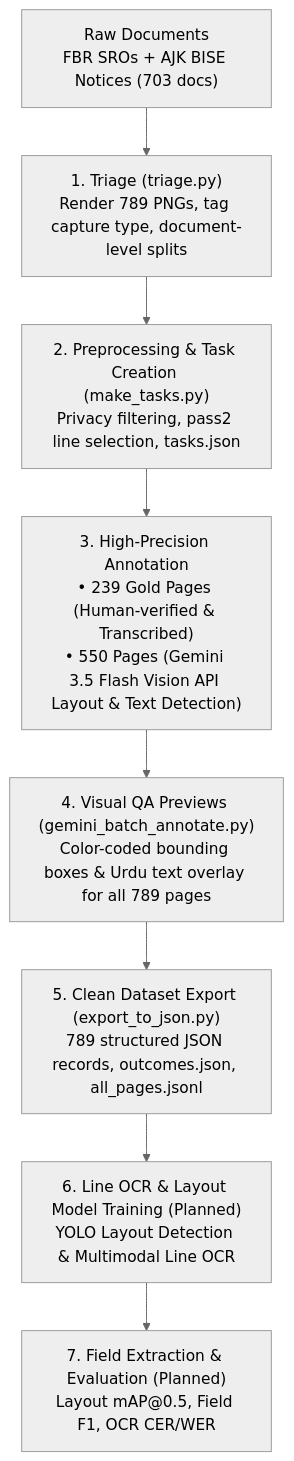
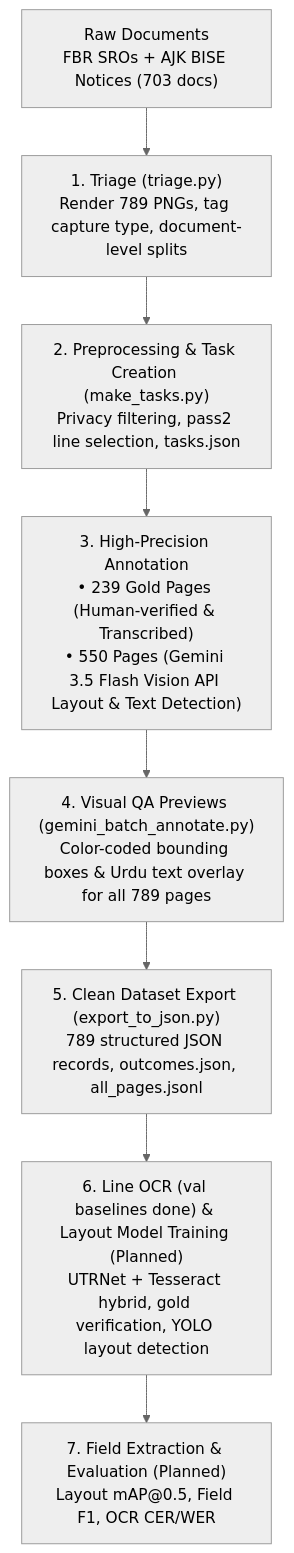
Before and after one commit to AleenaAhmed007/Nastaliq-Document-Intelligence: the diagram in README.md, drawn with Mermaid (neutral theme). The commit also changed other lines of this file and 1 other file, not shown here.

First line of the commit message:
Document OCR baselines, evaluation and verification in README and project docs

````diff
--- a/README.md
+++ b/README.md
@@ -13,10 +13,10 @@
 ```mermaid
 flowchart TD
     A["Raw Documents<br/>FBR SROs + AJK BISE Notices (703 docs)"] --> B["1. Triage (triage.py)<br/>Render 789 PNGs, tag capture type, document-level splits"]
     B --> C["2. Preprocessing & Task Creation (make_tasks.py)<br/>Privacy filtering, pass2 line selection, tasks.json"]
     C --> D["3. High-Precision Annotation<br/>• 239 Gold Pages (Human-verified & Transcribed)<br/>• 550 Pages (Gemini 3.5 Flash Vision API Layout & Text Detection)"]
     D --> E["4. Visual QA Previews (gemini_batch_annotate.py)<br/>Color-coded bounding boxes & Urdu text overlay for all 789 pages"]
     E --> F["5. Clean Dataset Export (export_to_json.py)<br/>789 structured JSON records, outcomes.json, all_pages.jsonl"]
-    F --> G["6. Line OCR & Layout Model Training (Planned)<br/>YOLO Layout Detection & Multimodal Line OCR"]
+    F --> G["6. Line OCR (val baselines done) & Layout Model Training (Planned)<br/>UTRNet + Tesseract hybrid, gold verification, YOLO layout detection"]
     G --> H["7. Field Extraction & Evaluation (Planned)<br/>Layout mAP@0.5, Field F1, OCR CER/WER"]
 ```
````
